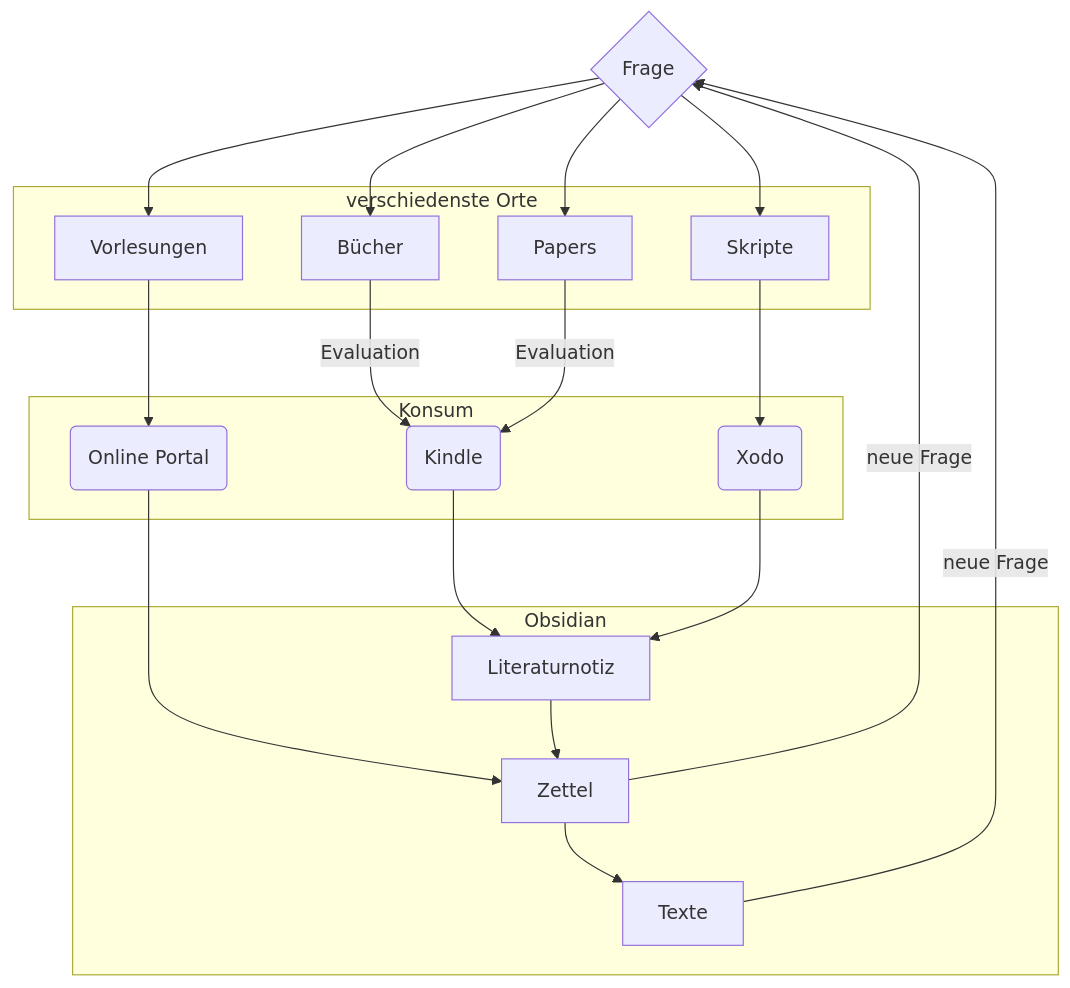
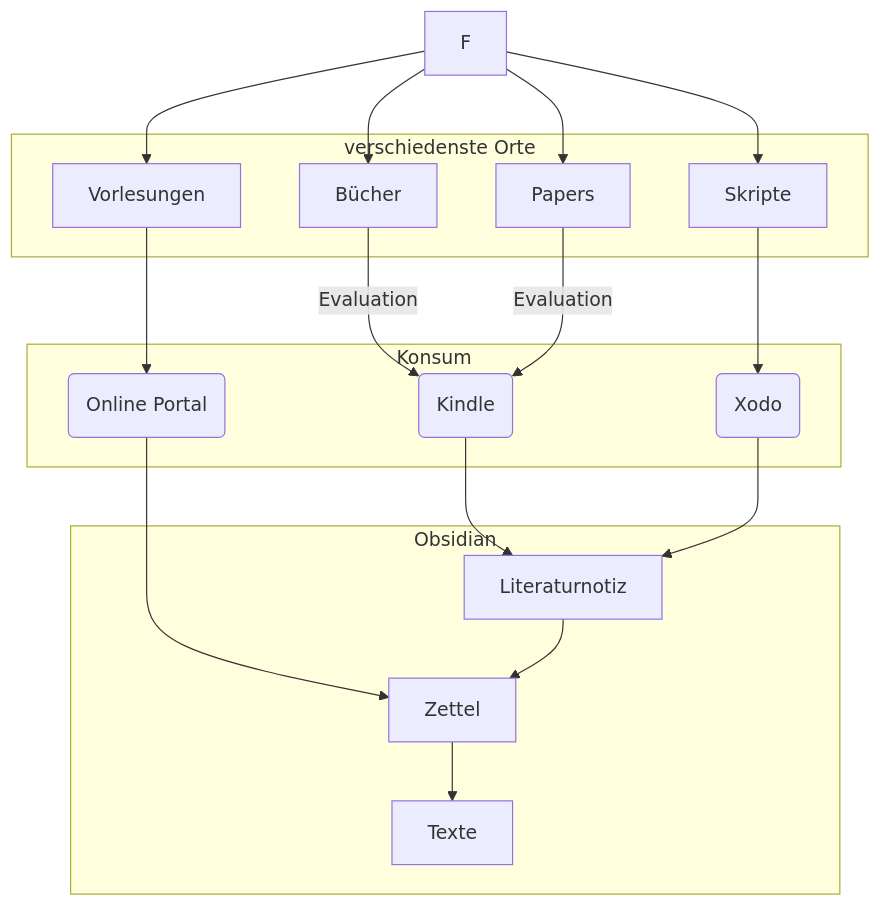
Before and after one commit to julianstoerig/zettelkasten: the diagram in System/Informationsverarbeitung.md, drawn with Mermaid.

Commit message:
automatic version-control: 2021-01-11 23:46:54

````diff
--- a/System/Informationsverarbeitung.md
+++ b/System/Informationsverarbeitung.md
@@ -1,49 +1,44 @@
 ```mermaid
 flowchart TB;
-
-F{Frage}
 
 B[Bücher]
 S[Skripte]
 V[Vorlesungen]
 P[Papers]
 
 K(Kindle)
 X(Xodo)
 OP(Online Portal)
 
 L[Literaturnotiz]
 Z[Zettel]
 T[Texte]
 
 F --> B & P & S & V
 
 subgraph verschiedenste Orte
 	B
 	P
 	S
 	V
 end
 
 B & P -->|Evaluation| K
 S --> X
 V --> OP
 
 subgraph Konsum
 	K
 	X
 	OP
 end
 
 K --> L
 X --> L
 OP --> Z
 
 subgraph Obsidian	
 	L --> Z
 	Z --> T
 end
-
-Z -->|neue Frage| F
-T -->|neue Frage| F
 ```
````
